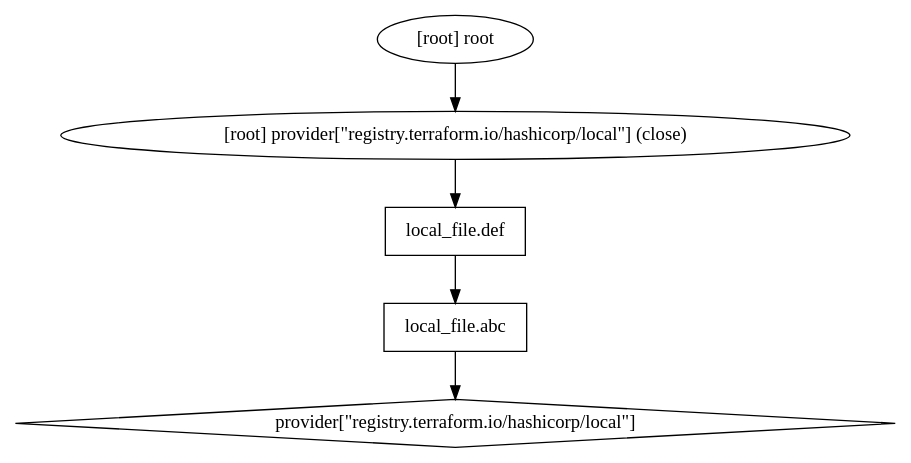
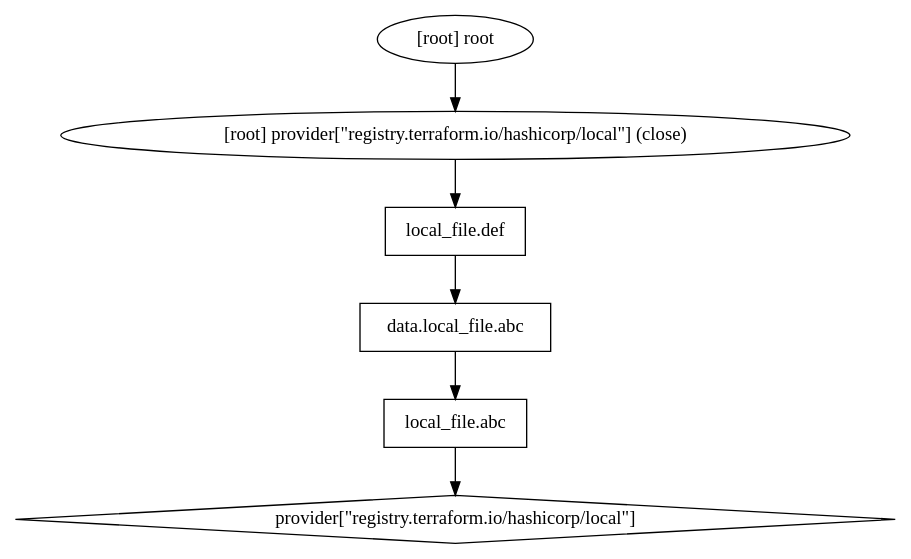
The diagram in 03.start/graph.dot (Brilly-Bohyun/Terraform), drawn with Graphviz before and after one commit.

Commit message:
📈 add graph code

```diff
--- a/03.start/graph.dot
+++ b/03.start/graph.dot
@@ -1,13 +1,15 @@
 digraph {
         compound = "true"
         newrank = "true"
         subgraph "root" {
+                "[root] data.local_file.abc (expand)" [label = "data.local_file.abc", shape = "box"]
                 "[root] local_file.abc (expand)" [label = "local_file.abc", shape = "box"]
                 "[root] local_file.def (expand)" [label = "local_file.def", shape = "box"]
                 "[root] provider[\"registry.terraform.io/hashicorp/local\"]" [label = "provider[\"registry.terraform.io/hashicorp/local\"]", shape = "diamond"]
+                "[root] data.local_file.abc (expand)" -> "[root] local_file.abc (expand)"
                 "[root] local_file.abc (expand)" -> "[root] provider[\"registry.terraform.io/hashicorp/local\"]"
-                "[root] local_file.def (expand)" -> "[root] local_file.abc (expand)"
+                "[root] local_file.def (expand)" -> "[root] data.local_file.abc (expand)"
                 "[root] provider[\"registry.terraform.io/hashicorp/local\"] (close)" -> "[root] local_file.def (expand)"
                 "[root] root" -> "[root] provider[\"registry.terraform.io/hashicorp/local\"] (close)"
         }
 }
```
